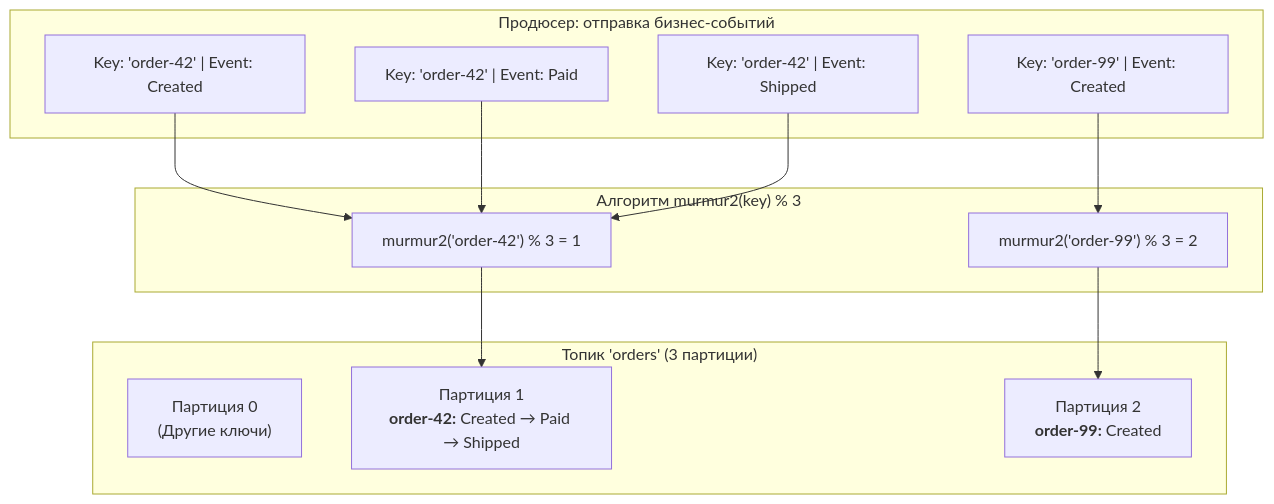
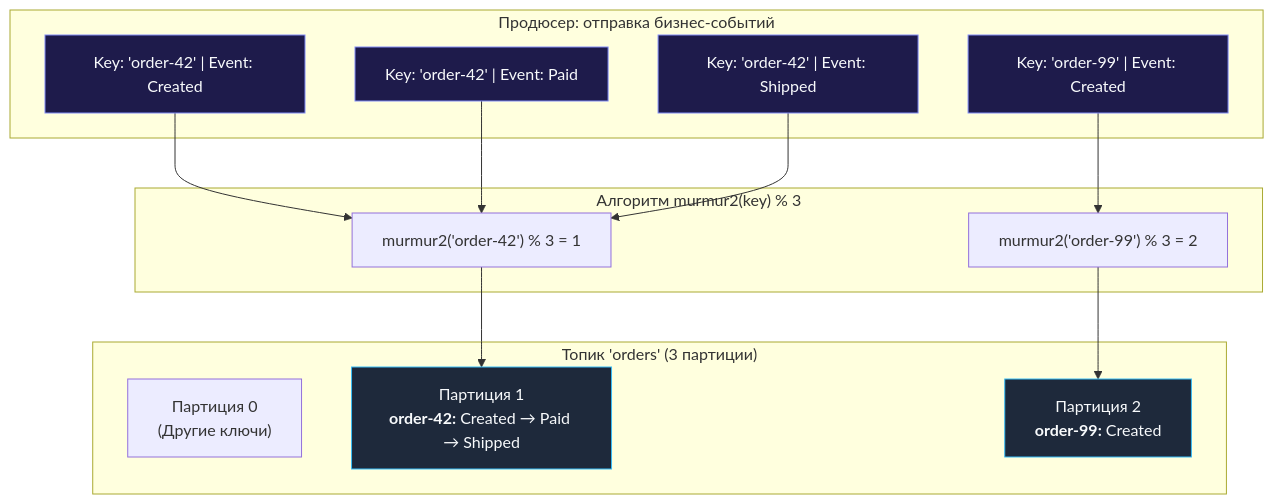
The second of 4 diagrams in sources/13. Очереди, брокеры сообщений и оркестраторы/03. Kafka/5. Ordering и partitioning.md (UnrealTemplier/go-textbook), drawn with Mermaid before and after one commit. The commit also changed other lines of this file and 1666 other files, not shown here.

First line of the commit message:
feat(mermaid): add semantic color classDef to 1369 colorless flowchart/graph diagrams

````diff
--- a/sources/13. Очереди, брокеры сообщений и оркестраторы/03. Kafka/5. Ordering и partitioning.md
+++ b/sources/13. Очереди, брокеры сообщений и оркестраторы/03. Kafka/5. Ordering и partitioning.md
@@ -59,28 +69,38 @@
 ```mermaid
 flowchart TD
+    classDef process  fill:#1e293b,stroke:#38bdf8,stroke-width:1px,color:#f8fafc
+    classDef success  fill:#064e3b,stroke:#34d399,stroke-width:1px,color:#f8fafc
+    classDef error    fill:#7f1d1d,stroke:#f87171,stroke-width:1px,color:#f8fafc
+    classDef warning  fill:#78350f,stroke:#fbbf24,stroke-width:1px,color:#f8fafc
+    classDef entry    fill:#1e3a5f,stroke:#38bdf8,stroke-width:2px,color:#f8fafc
+    classDef aux      fill:#334155,stroke:#64748b,stroke-width:1px,color:#f8fafc
+    classDef system   fill:#312e81,stroke:#a78bfa,stroke-width:1px,color:#f8fafc
+    classDef data     fill:#132d29,stroke:#2dd4bf,stroke-width:1px,color:#f8fafc
+    classDef network  fill:#881337,stroke:#fb7185,stroke-width:1px,color:#f8fafc
+    classDef accent   fill:#1e1b4b,stroke:#818cf8,stroke-width:1px,color:#f8fafc
     subgraph ProducerApp["Продюсер: отправка бизнес-событий"]
-        E1["Key: 'order-42' | Event: Created"]
-        E2["Key: 'order-42' | Event: Paid"]
-        E3["Key: 'order-99' | Event: Created"]
-        E4["Key: 'order-42' | Event: Shipped"]
+        E1["Key: 'order-42' | Event: Created"]:::accent
+        E2["Key: 'order-42' | Event: Paid"]:::accent
+        E3["Key: 'order-99' | Event: Created"]:::accent
+        E4["Key: 'order-42' | Event: Shipped"]:::accent
     end
 
     subgraph Hashing["Алгоритм murmur2(key) % 3"]
         H1["murmur2('order-42') % 3 = 1"]
         H2["murmur2('order-99') % 3 = 2"]
     end
 
     subgraph TopicPartitions["Топик 'orders' (3 партиции)"]
         P0["Партиция 0<br>(Другие ключи)"]
-        P1["Партиция 1<br><b>order-42:</b> Created → Paid → Shipped"]
-        P2["Партиция 2<br><b>order-99:</b> Created"]
+        P1["Партиция 1<br><b>order-42:</b> Created → Paid → Shipped"]:::process
+        P2["Партиция 2<br><b>order-99:</b> Created"]:::process
     end
 
     E1 --> H1
     E2 --> H1
     E4 --> H1
     E3 --> H2
 
     H1 --> P1
     H2 --> P2
 ```
````
